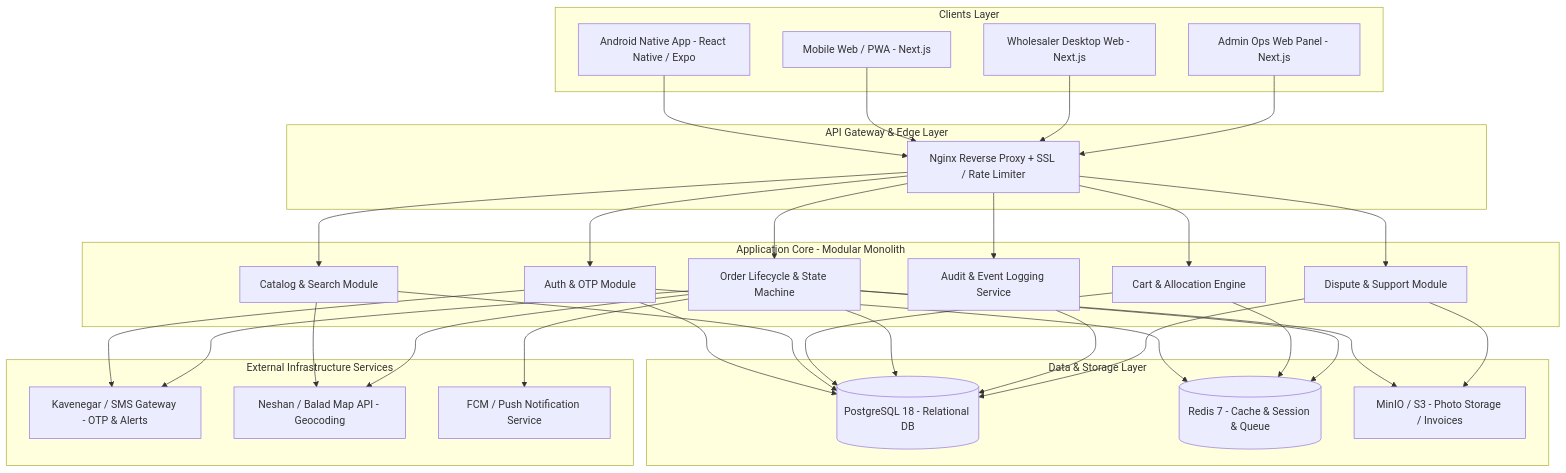
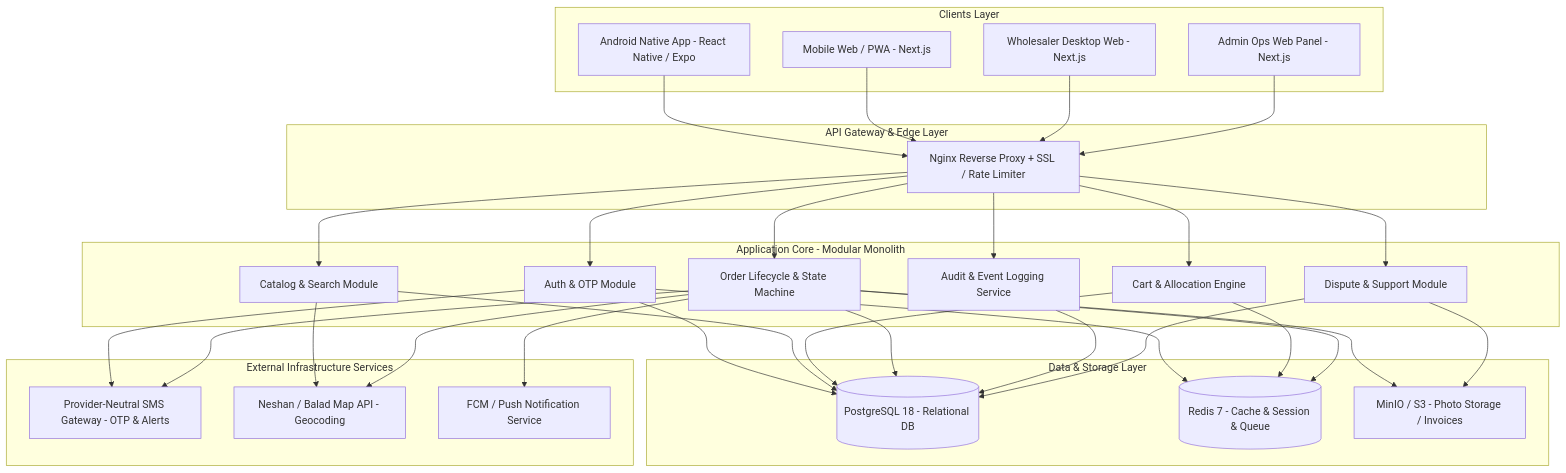
One commit to rrasi90/POL-2.3 changed the first of 2 diagrams in 06_PRODUCT/Technical_Architecture_Spec.md. Above: the diagram before and after it, drawn with Mermaid. The commit also changed other lines of this file and 6 other files, not shown here.

Commit message:
fix: synchronize batch 6a auth and architecture contracts

````diff
--- a/06_PRODUCT/Technical_Architecture_Spec.md
+++ b/06_PRODUCT/Technical_Architecture_Spec.md
@@ -11,43 +11,43 @@
 ```mermaid
 flowchart TD
     subgraph Clients Layer
         A1[Android Native App - React Native / Expo]
         A2[Mobile Web / PWA - Next.js]
         A3[Wholesaler Desktop Web - Next.js]
         A4[Admin Ops Web Panel - Next.js]
     end
 
     subgraph API Gateway & Edge Layer
         B1[Nginx Reverse Proxy + SSL / Rate Limiter]
     end
 
     subgraph Application Core - Modular Monolith
         C1[Auth & OTP Module]
         C2[Catalog & Search Module]
         C3[Cart & Allocation Engine]
         C4[Order Lifecycle & State Machine]
         C5[Audit & Event Logging Service]
         C6[Dispute & Support Module]
     end
 
     subgraph Data & Storage Layer
         D1[(PostgreSQL 18 - Relational DB)]
         D2[(Redis 7 - Cache & Session & Queue)]
         D3[MinIO / S3 - Photo Storage / Invoices]
     end
 
     subgraph External Infrastructure Services
-        E1[Kavenegar / SMS Gateway - OTP & Alerts]
+        E1[Provider-Neutral SMS Gateway - OTP & Alerts]
         E2[Neshan / Balad Map API - Geocoding]
         E3[FCM / Push Notification Service]
     end
 
     A1 & A2 & A3 & A4 --> B1
     B1 --> C1 & C2 & C3 & C4 & C5 & C6
     C1 & C2 & C3 & C4 & C5 & C6 --> D1
     C1 & C3 & C4 --> D2
     C4 & C6 --> D3
     C1 & C4 --> E1
     C2 & C4 --> E2
     C4 --> E3
 ```
````
